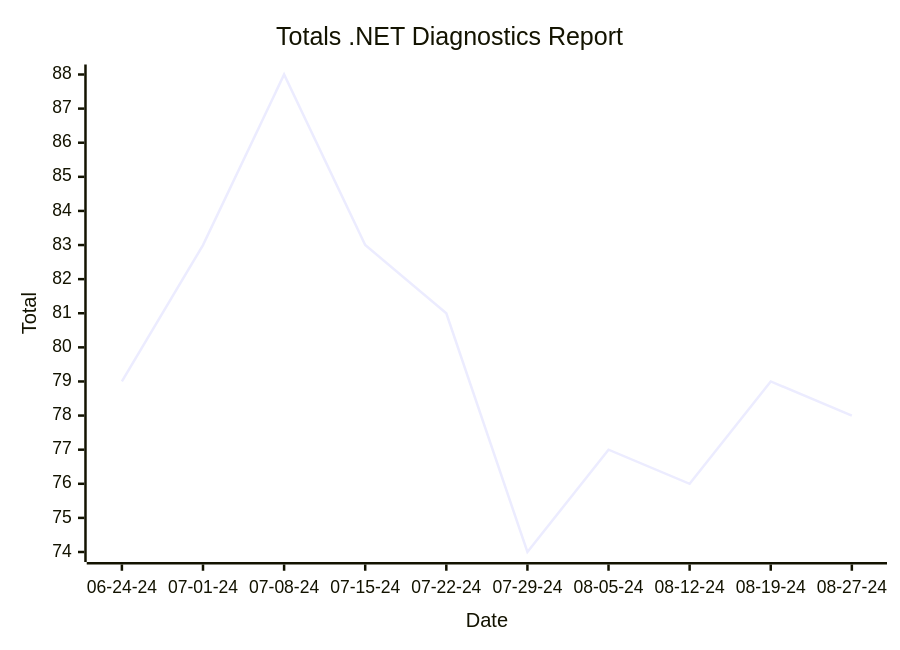
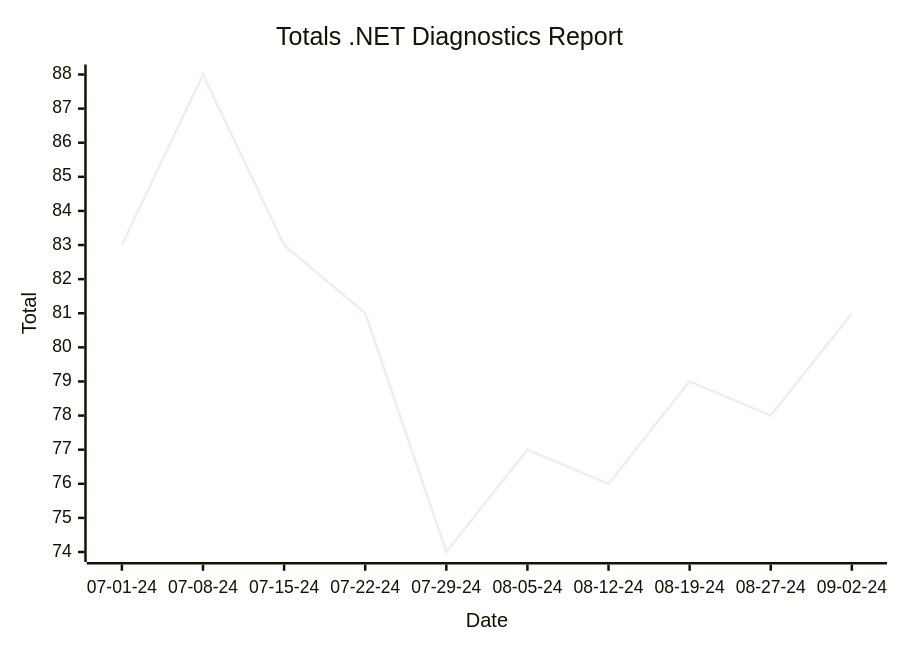
Before and after one commit to hoyosjs/gh-issue-tracker: the first of 2 diagrams in reports/README.md, drawn with Mermaid. The commit also changed other lines of this file and 4 other files, not shown here.

````diff
--- a/reports/README.md
+++ b/reports/README.md
@@ -7,7 +7,7 @@
 ```mermaid
 xychart-beta
   title "Totals .NET Diagnostics Report"
-  x-axis "Date" ["06-24-24", "07-01-24", "07-08-24", "07-15-24", "07-22-24", "07-29-24", "08-05-24", "08-12-24", "08-19-24", "08-27-24"]
+  x-axis "Date" ["07-01-24", "07-08-24", "07-15-24", "07-22-24", "07-29-24", "08-05-24", "08-12-24", "08-19-24", "08-27-24", "09-02-24"]
   y-axis "Total"
-  line [79, 83, 88, 83, 81, 74, 77, 76, 79, 78]
+  line [83, 88, 83, 81, 74, 77, 76, 79, 78, 81]
 ```
````
